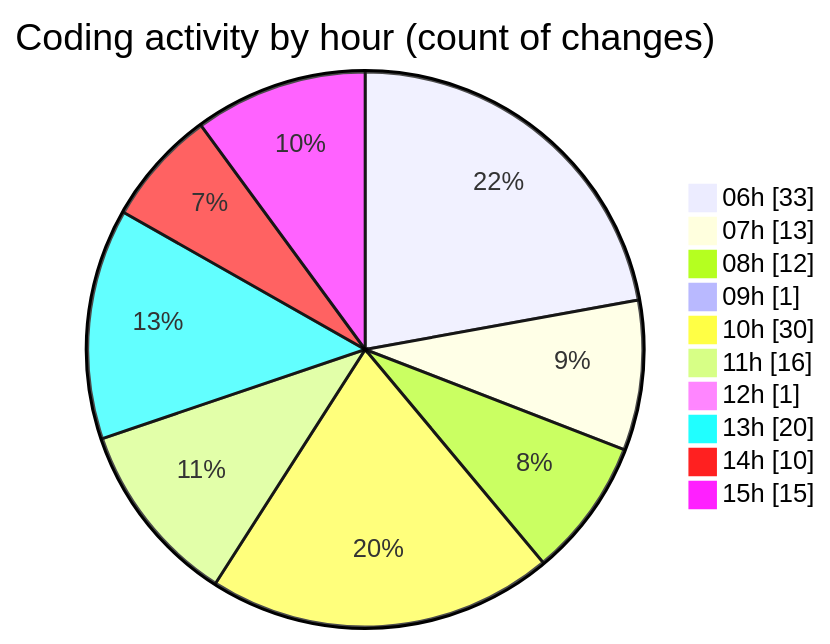
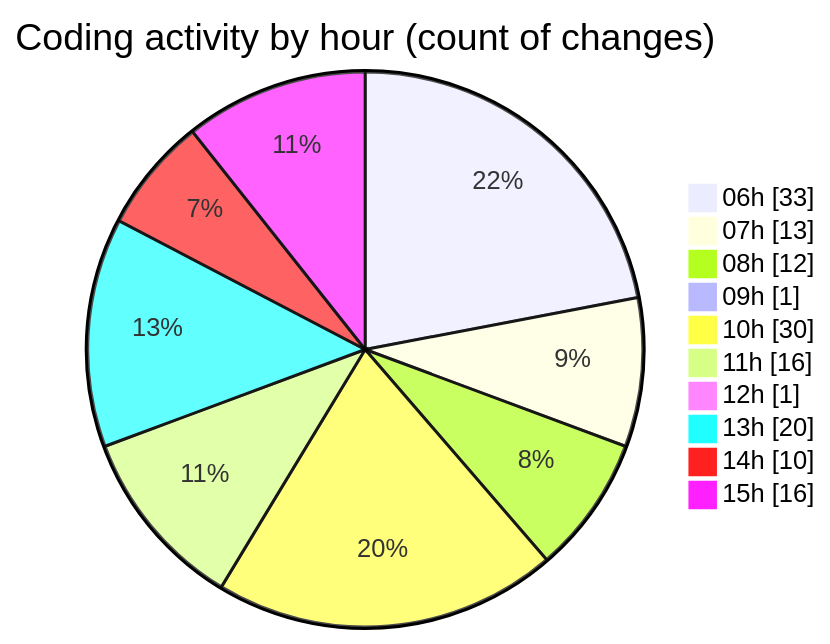
Before and after one commit to charlie-sans/code-tracking: the second of 2 diagrams in 2025-02-21/micros/README.md, drawn with Mermaid. The commit also changed other lines of this file and 1 other file, not shown here.

````diff
--- a/2025-02-21/micros/README.md
+++ b/2025-02-21/micros/README.md
@@ -92,14 +92,14 @@
 ```mermaid
 pie showData
 title Coding activity by hour (count of changes)
 "06h" : 33
 "07h" : 13
 "08h" : 12
 "09h" : 1
 "10h" : 30
 "11h" : 16
 "12h" : 1
 "13h" : 20
 "14h" : 10
-"15h" : 15
+"15h" : 16
 ```
````
